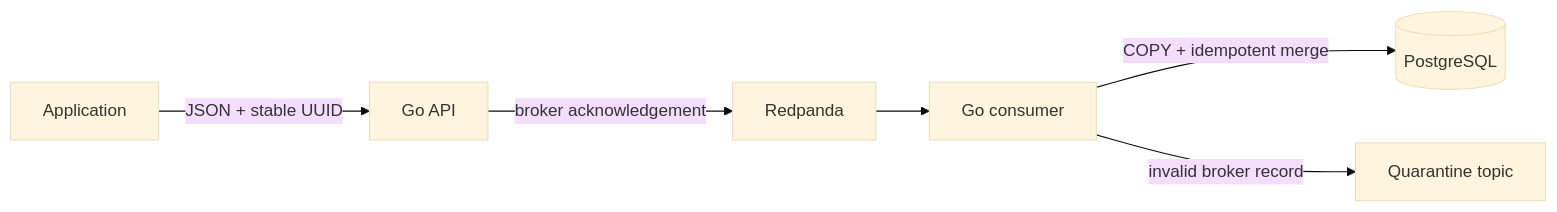
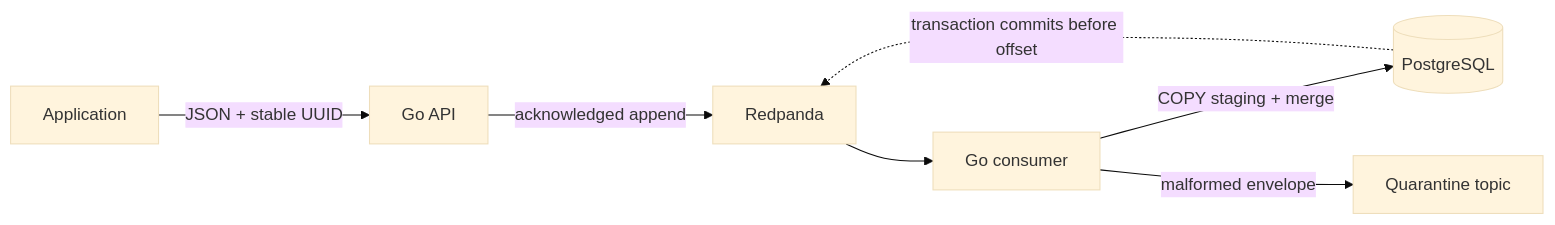
Before and after one commit to feat7/ingestkit: the diagram in README.md, drawn with Mermaid (base theme). The commit also changed other lines of this file and 15 other files, not shown here.

```diff
--- a/README.md
+++ b/README.md
@@ -9,8 +12,9 @@
 ~~~mermaid
 flowchart LR
   A[Application] -->|JSON + stable UUID| B[Go API]
-  B -->|broker acknowledgement| C[Redpanda]
+  B -->|acknowledged append| C[Redpanda]
   C --> D[Go consumer]
-  D -->|COPY + idempotent merge| E[(PostgreSQL)]
-  D -->|invalid broker record| F[Quarantine topic]
+  D -->|COPY staging + merge| E[(PostgreSQL)]
+  D -->|malformed envelope| F[Quarantine topic]
+  E -. transaction commits before offset .-> C
 ~~~
```
